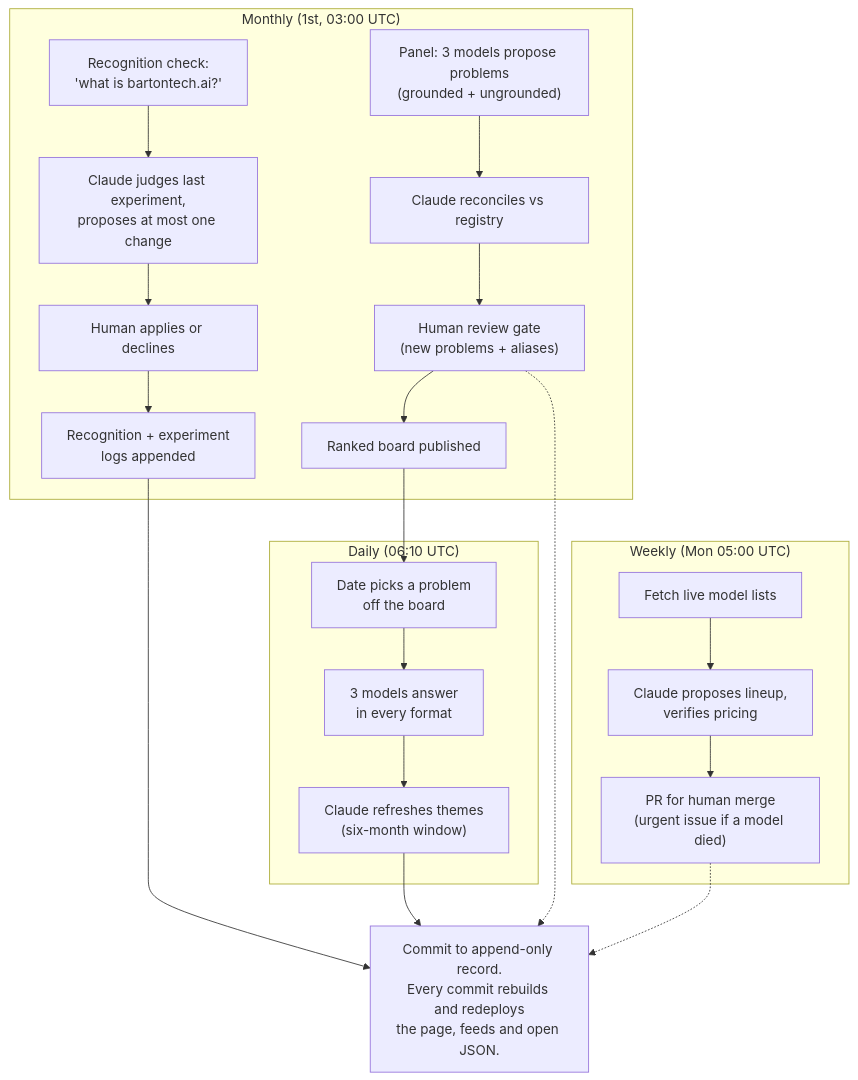
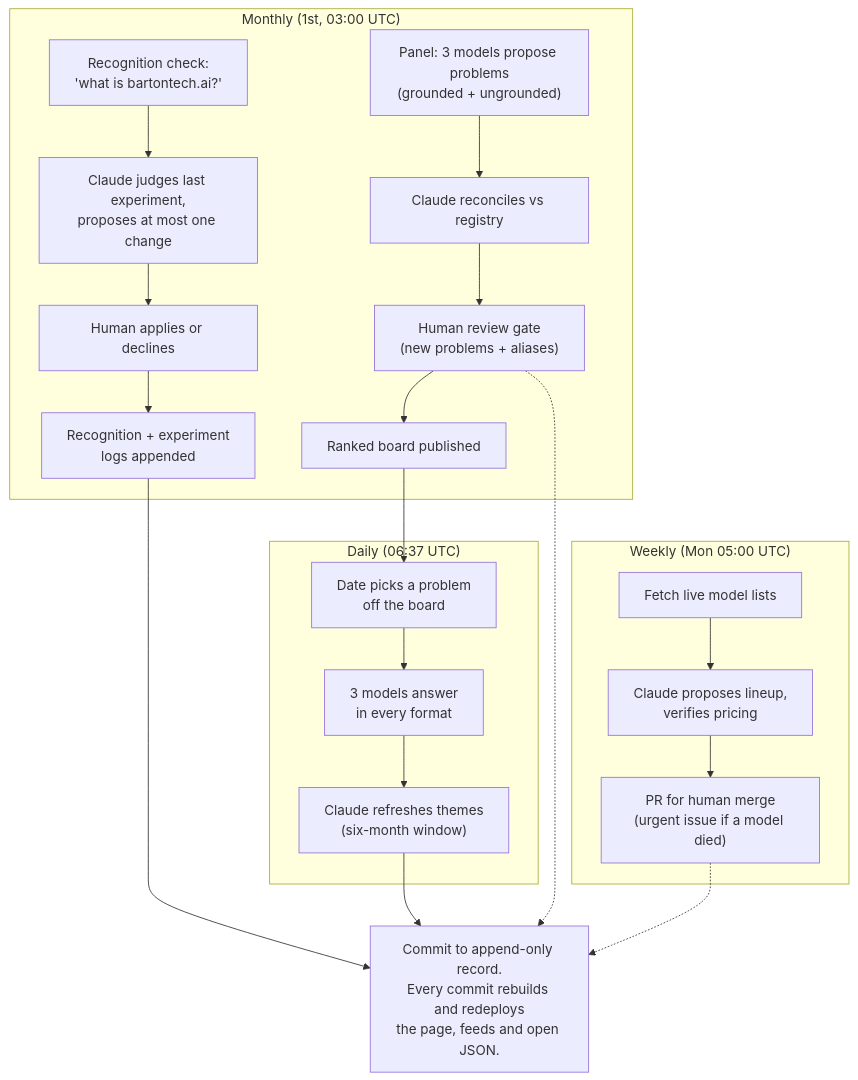
The diagram in README.md (Barton-Tech/bartontech.ai), drawn with Mermaid before and after one commit. The commit also changed other lines of this file and 4 other files, not shown here.

````diff
--- a/README.md
+++ b/README.md
@@ -43,24 +43,24 @@
 ```mermaid
 flowchart TB
   subgraph monthly["Monthly (1st, 03:00 UTC)"]
     P["Panel: 3 models propose problems<br/>(grounded + ungrounded)"] --> R["Claude reconciles vs registry"]
     R --> G["Human review gate<br/>(new problems + aliases)"]
     G --> B["Ranked board published"]
     REC["Recognition check:<br/>'what is bartontech.ai?'"] --> EXP["Claude judges last experiment,<br/>proposes at most one change"]
     EXP --> HUM["Human applies or declines"]
     HUM --> LOG["Recognition + experiment<br/>logs appended"]
   end
-  subgraph daily["Daily (06:10 UTC)"]
+  subgraph daily["Daily (06:37 UTC)"]
     ROT["Date picks a problem<br/>off the board"] --> ANS["3 models answer<br/>in every format"]
     ANS --> TH["Claude refreshes themes<br/>(six-month window)"]
   end
   subgraph weekly["Weekly (Mon 05:00 UTC)"]
     ML["Fetch live model lists"] --> PROP["Claude proposes lineup,<br/>verifies pricing"]
     PROP --> PR["PR for human merge<br/>(urgent issue if a model died)"]
   end
   B --> ROT
   LOG --> SITE["Commit to append-only record.<br/>Every commit rebuilds and redeploys<br/>the page, feeds and open JSON."]
   TH --> SITE
   G -.-> SITE
   PR -.-> SITE
 ```
````
